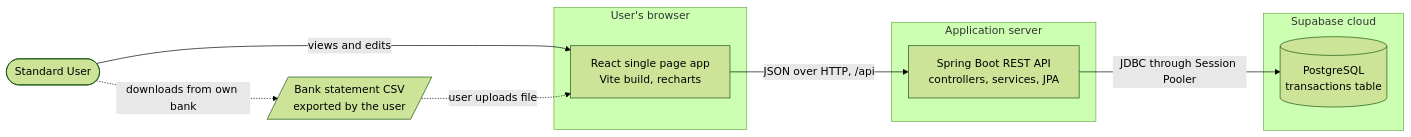
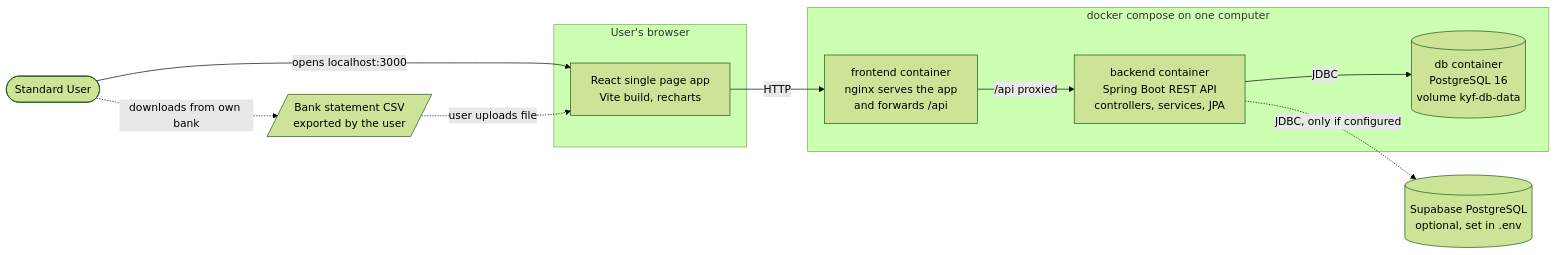
Before and after one commit to rayamajhianirudra-droid/KnowYourFinance: the first of 10 diagrams in docs/design/milestone-3-design.md, drawn with Mermaid (forest theme). The commit also changed other lines of this file and 2 other files, not shown here.

Commit message:
Update container and import sequence diagrams to match what was built

````diff
--- a/docs/design/milestone-3-design.md
+++ b/docs/design/milestone-3-design.md
@@ -62,25 +62,27 @@
 ```mermaid
 %% file: 01-container.mmd
 flowchart LR
     user([Standard User])
 
     subgraph browser [User's browser]
         spa["React single page app<br/>Vite build, recharts"]
     end
 
-    subgraph server [Application server]
-        api["Spring Boot REST API<br/>controllers, services, JPA"]
+    subgraph compose [docker compose on one computer]
+        web["frontend container<br/>nginx serves the app<br/>and forwards /api"]
+        api["backend container<br/>Spring Boot REST API<br/>controllers, services, JPA"]
+        db[("db container<br/>PostgreSQL 16<br/>volume kyf-db-data")]
     end
 
-    subgraph cloud [Supabase cloud]
-        db[("PostgreSQL<br/>transactions table")]
-    end
+    supa[("Supabase PostgreSQL<br/>optional, set in .env")]
 
     csv[/"Bank statement CSV<br/>exported by the user"/]
 
-    user -->|views and edits| spa
+    user -->|opens localhost:3000| spa
     user -.->|downloads from own bank| csv
     csv -.->|user uploads file| spa
-    spa -->|JSON over HTTP, /api| api
-    api -->|JDBC through Session Pooler| db
+    spa -->|HTTP| web
+    web -->|"/api proxied"| api
+    api -->|JDBC| db
+    api -.->|JDBC, only if configured| supa
 ```
````
